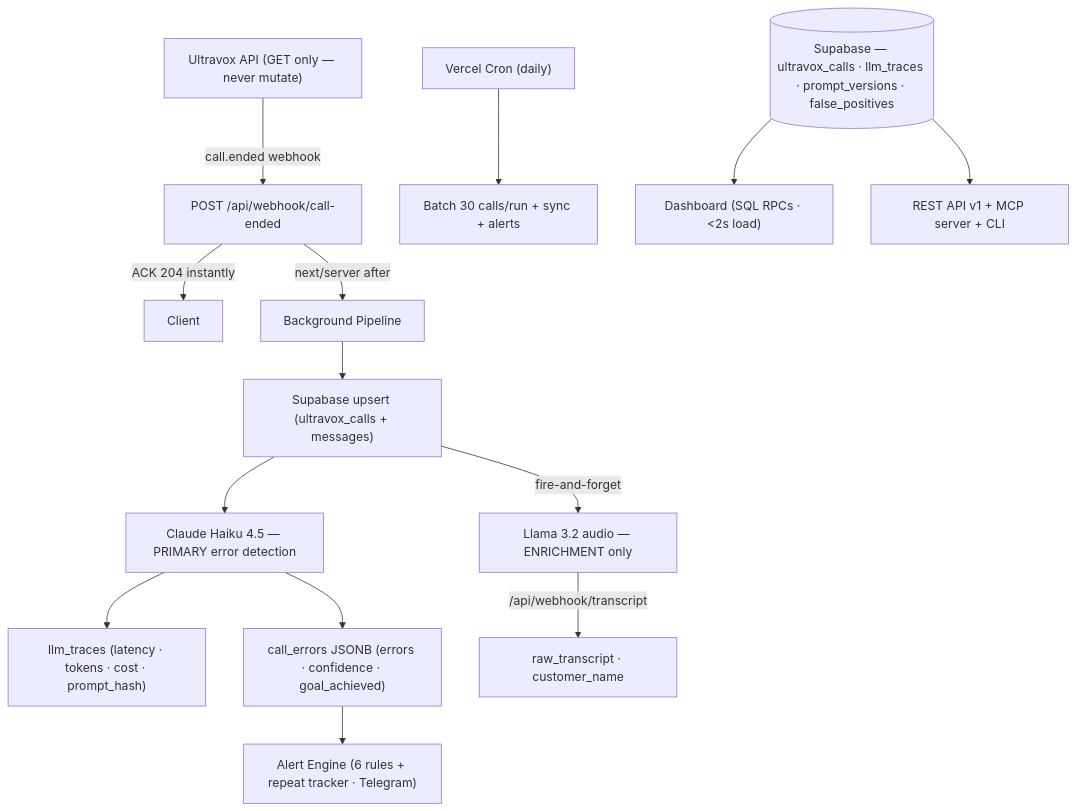
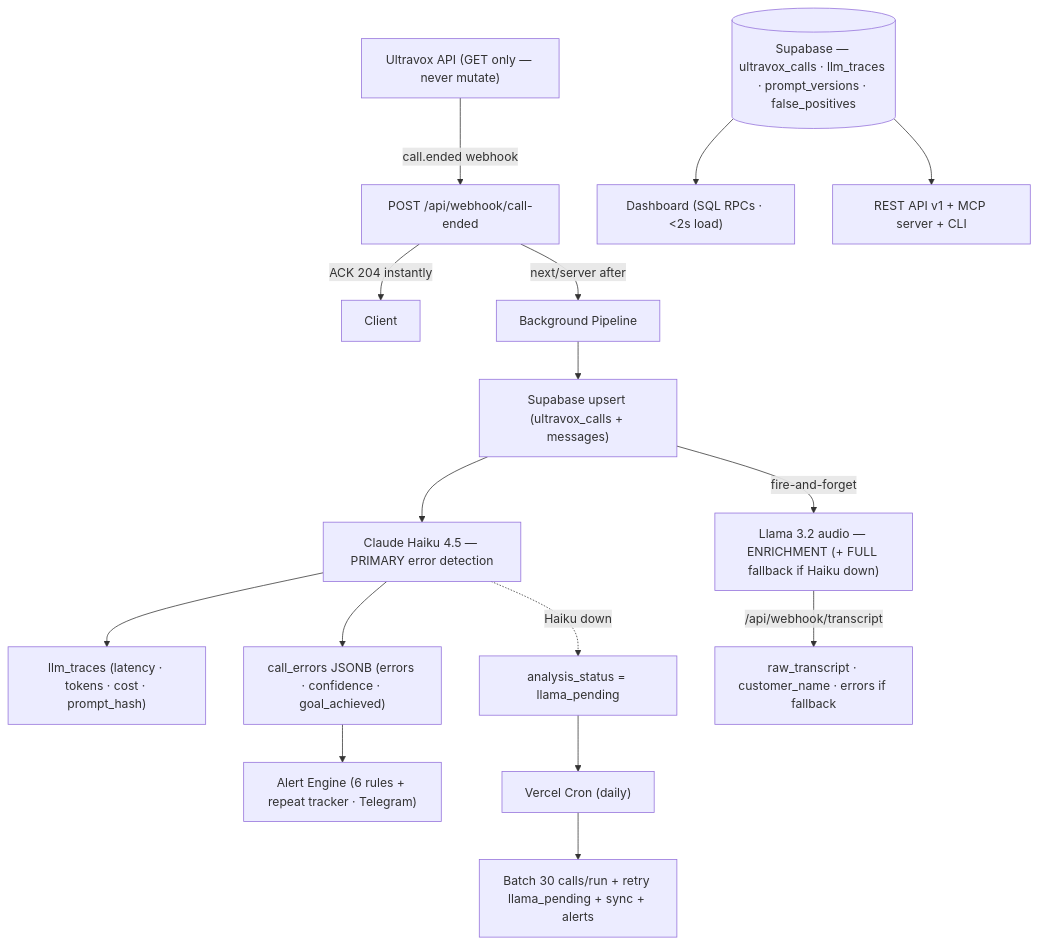
One commit to rushilbh27/voxray changed the diagram in README.md. Above: the diagram before and after it, drawn with Mermaid. The commit also changed other lines of this file and 4 other files, not shown here.

````diff
--- a/README.md
+++ b/README.md
@@ -36,16 +36,18 @@
 ```mermaid
 graph TD
     UV["Ultravox API (GET only — never mutate)"] -->|call.ended webhook| WH[POST /api/webhook/call-ended]
     WH -->|ACK 204 instantly| ACK[Client]
     WH -->|next/server after| PIPE[Background Pipeline]
     PIPE --> UPSERT["Supabase upsert (ultravox_calls + messages)"]
     UPSERT --> HAIKU["Claude Haiku 4.5 — PRIMARY error detection"]
     HAIKU --> TRACE["llm_traces (latency · tokens · cost · prompt_hash)"]
     HAIKU --> ERRORS["call_errors JSONB (errors · confidence · goal_achieved)"]
+    HAIKU -.->|Haiku down| LLAMAFALL["analysis_status = llama_pending"]
     ERRORS --> ALERT["Alert Engine (6 rules + repeat tracker · Telegram)"]
-    UPSERT -->|fire-and-forget| LLAMA["Llama 3.2 audio — ENRICHMENT only"]
-    LLAMA -->|/api/webhook/transcript| ENR[raw_transcript · customer_name]
-    CRON["Vercel Cron (daily)"] --> BATCH["Batch 30 calls/run + sync + alerts"]
+    UPSERT -->|fire-and-forget| LLAMA["Llama 3.2 audio — ENRICHMENT (+ FULL fallback if Haiku down)"]
+    LLAMA -->|/api/webhook/transcript| ENR[raw_transcript · customer_name · errors if fallback]
+    LLAMAFALL --> CRON
+    CRON["Vercel Cron (daily)"] --> BATCH["Batch 30 calls/run + retry llama_pending + sync + alerts"]
     DB[("Supabase — ultravox_calls · llm_traces · prompt_versions · false_positives")] --> DASH["Dashboard (SQL RPCs · <2s load)"]
     DB --> API["REST API v1 + MCP server + CLI"]
 ```
````
